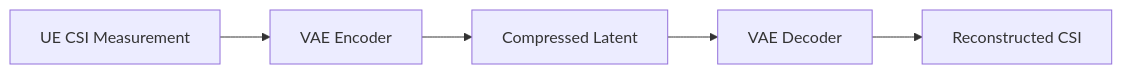
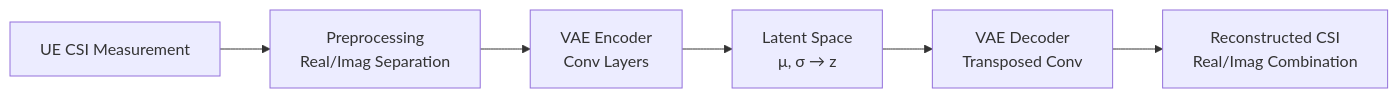
One commit to ShihabYasin/Telecom-GenAI-ML-PoC--VAE-for-CSI-Feedback-Proof-of-Concept changed the diagram in README.md. Above: the diagram before and after it, drawn with Mermaid. The commit also changed other lines of this file, not shown here.

````diff
--- a/README.md
+++ b/README.md
@@ -7,7 +12,8 @@
 ```mermaid
 graph LR
-A[UE CSI Measurement] --> B[VAE Encoder]
-B --> C[Compressed Latent]
-C --> D[VAE Decoder]
-D --> E[Reconstructed CSI]
+A[UE CSI Measurement] --> B[Preprocessing<br>Real/Imag Separation]
+B --> C[VAE Encoder<br>Conv Layers]
+C --> D[Latent Space<br>μ, σ → z]
+D --> E[VAE Decoder<br>Transposed Conv]
+E --> F[Reconstructed CSI<br>Real/Imag Combination]
 ```
````
